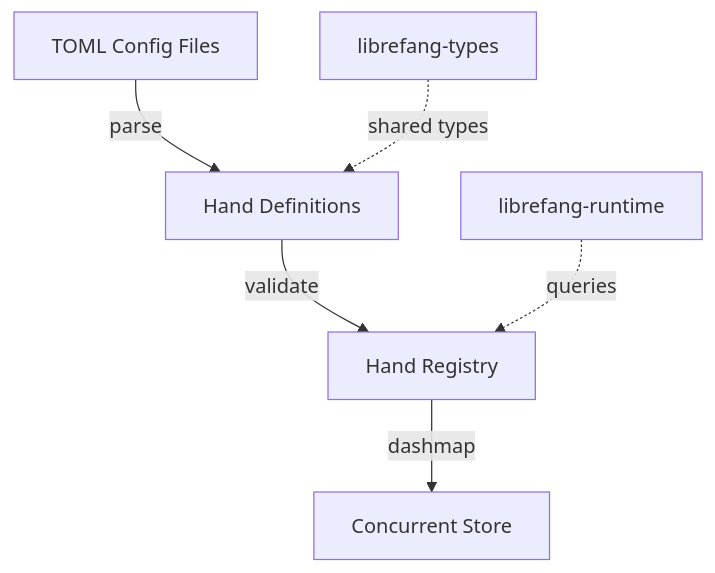
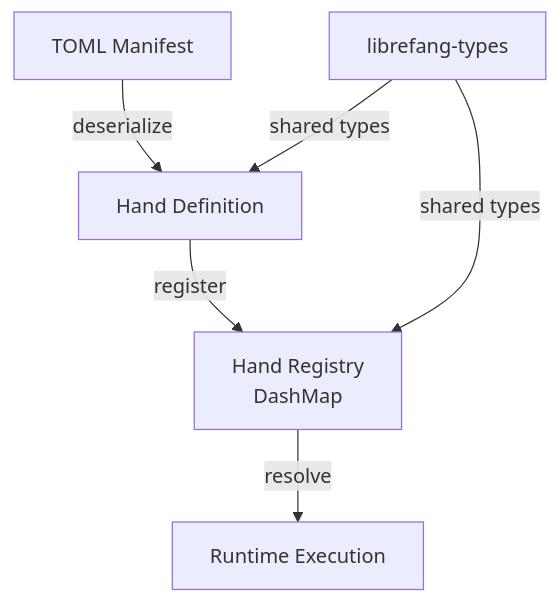
Before and after one commit to leszek3737/librefang-WIki: the diagram in other-librefang-hands.md, drawn with Mermaid. The commit also changed other lines of this file and 94 other files, not shown here.

````diff
--- a/other-librefang-hands.md
+++ b/other-librefang-hands.md
@@ -33,8 +15,8 @@
 ```mermaid
 graph TD
-    A[TOML Config Files] -->|parse| B[Hand Definitions]
-    B -->|validate| C[Hand Registry]
-    C -->|dashmap| D[Concurrent Store]
-    E[librefang-runtime] -.->|queries| C
-    F[librefang-types] -.->|shared types| B
+    A[TOML Manifest] -->|deserialize| B[Hand Definition]
+    B -->|register| C[Hand Registry<br/>DashMap]
+    C -->|resolve| D[Runtime Execution]
+    E[librefang-types] -->|shared types| B
+    E -->|shared types| C
 ```
````
